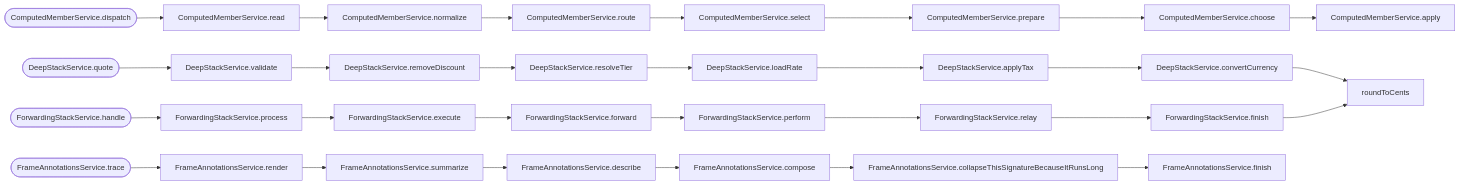
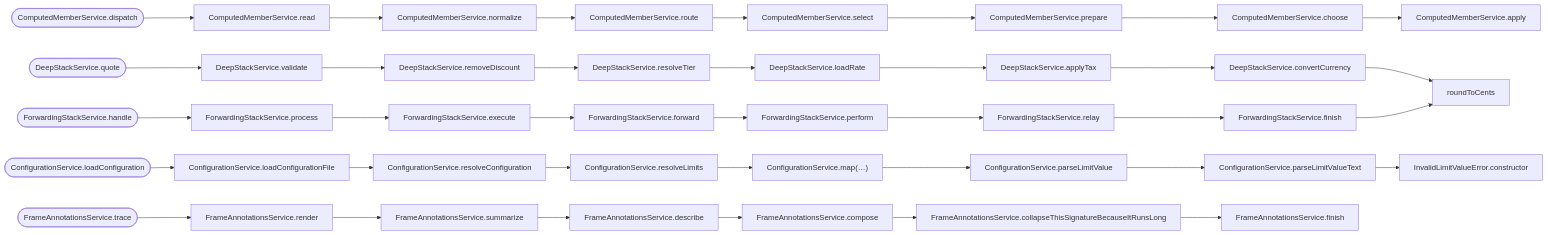
The diagram in packages/callidescope-examples/output/diagram.md (JimmyPaolini/codebase), drawn with Mermaid before and after one commit. The commit also changed other lines of this file and 13 other files, not shown here.

````diff
--- a/packages/callidescope-examples/output/diagram.md
+++ b/packages/callidescope-examples/output/diagram.md
@@ -17,60 +17,75 @@
 ```mermaid
 flowchart LR
   n0(["ComputedMemberService.dispatch"])
   n1["ComputedMemberService.read"]
   n2["ComputedMemberService.normalize"]
   n3["ComputedMemberService.route"]
   n4["ComputedMemberService.select"]
   n5["ComputedMemberService.prepare"]
   n6["ComputedMemberService.choose"]
   n7["ComputedMemberService.apply"]
   n8(["DeepStackService.quote"])
   n9["DeepStackService.validate"]
   n10["DeepStackService.removeDiscount"]
   n11["DeepStackService.resolveTier"]
   n12["DeepStackService.loadRate"]
   n13["DeepStackService.applyTax"]
   n14["DeepStackService.convertCurrency"]
   n15["roundToCents"]
   n16(["ForwardingStackService.handle"])
   n17["ForwardingStackService.process"]
   n18["ForwardingStackService.execute"]
   n19["ForwardingStackService.forward"]
   n20["ForwardingStackService.perform"]
   n21["ForwardingStackService.relay"]
   n22["ForwardingStackService.finish"]
-  n23(["FrameAnnotationsService.trace"])
-  n24["FrameAnnotationsService.render"]
-  n25["FrameAnnotationsService.summarize"]
-  n26["FrameAnnotationsService.describe"]
-  n27["FrameAnnotationsService.compose"]
-  n28["FrameAnnotationsService.collapseThisSignatureBecauseItRunsLong"]
-  n29["FrameAnnotationsService.finish"]
+  n23(["ConfigurationService.loadConfiguration"])
+  n24["ConfigurationService.loadConfigurationFile"]
+  n25["ConfigurationService.resolveConfiguration"]
+  n26["ConfigurationService.resolveLimits"]
+  n27["ConfigurationService.map(…)"]
+  n28["ConfigurationService.parseLimitValue"]
+  n29["ConfigurationService.parseLimitValueText"]
+  n30["InvalidLimitValueError.constructor"]
+  n31(["FrameAnnotationsService.trace"])
+  n32["FrameAnnotationsService.render"]
+  n33["FrameAnnotationsService.summarize"]
+  n34["FrameAnnotationsService.describe"]
+  n35["FrameAnnotationsService.compose"]
+  n36["FrameAnnotationsService.collapseThisSignatureBecauseItRunsLong"]
+  n37["FrameAnnotationsService.finish"]
   n0 --> n1
   n1 --> n2
   n2 --> n3
   n3 --> n4
   n4 --> n5
   n5 --> n6
   n6 --> n7
   n8 --> n9
   n9 --> n10
   n10 --> n11
   n11 --> n12
   n12 --> n13
   n13 --> n14
   n14 --> n15
   n16 --> n17
   n17 --> n18
   n18 --> n19
   n19 --> n20
   n20 --> n21
   n21 --> n22
   n22 --> n15
   n23 --> n24
   n24 --> n25
   n25 --> n26
   n26 --> n27
   n27 --> n28
   n28 --> n29
+  n29 --> n30
+  n31 --> n32
+  n32 --> n33
+  n33 --> n34
+  n34 --> n35
+  n35 --> n36
+  n36 --> n37
 ```
````
